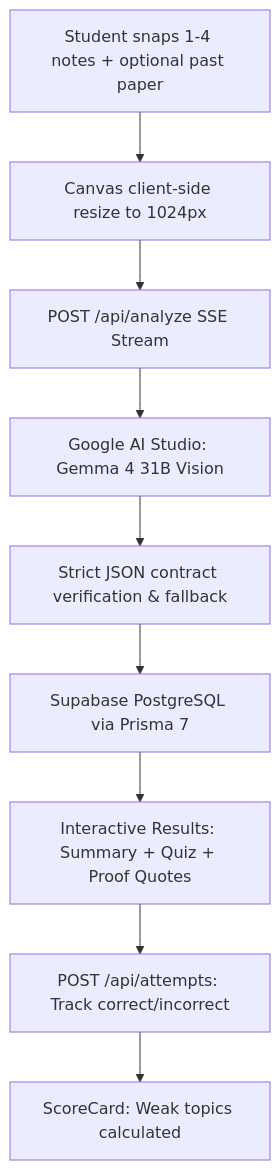
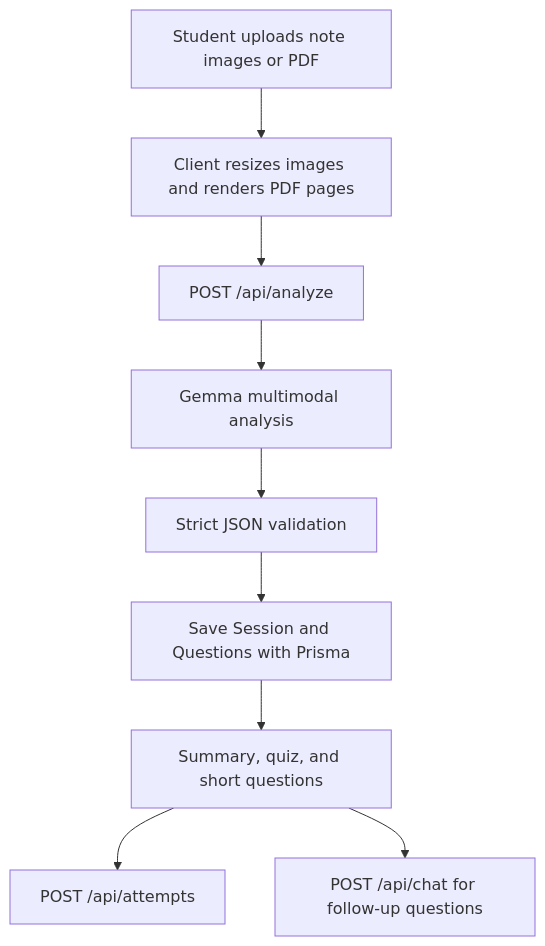
Before and after one commit to ashrafulalamasad/study-snap: the diagram in README.md, drawn with Mermaid. The commit also changed other lines of this file and 5 other files, not shown here.

````diff
--- a/README.md
+++ b/README.md
@@ -54,11 +62,11 @@
 ```mermaid
-graph TD
-    A[Student snaps 1-4 notes + optional past paper] --> B[Canvas client-side resize to 1024px]
-    B --> C[POST /api/analyze SSE Stream]
-    C --> D[Google AI Studio: Gemma 4 31B Vision]
-    D --> E[Strict JSON contract verification & fallback]
-    E --> F[Supabase PostgreSQL via Prisma 7]
-    F --> G[Interactive Results: Summary + Quiz + Proof Quotes]
-    G --> H[POST /api/attempts: Track correct/incorrect]
-    H --> I[ScoreCard: Weak topics calculated]
+flowchart TD
+    A[Student uploads note images or PDF] --> B[Client resizes images and renders PDF pages]
+    B --> C[POST /api/analyze]
+    C --> D[Gemma multimodal analysis]
+    D --> E[Strict JSON validation]
+    E --> F[Save Session and Questions with Prisma]
+    F --> G[Summary, quiz, and short questions]
+    G --> H[POST /api/attempts]
+    G --> I[POST /api/chat for follow-up questions]
 ```
````
